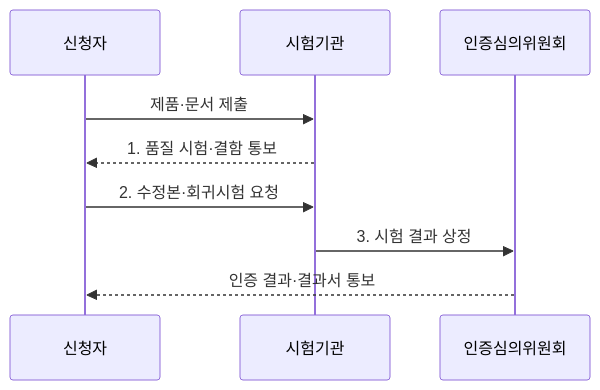
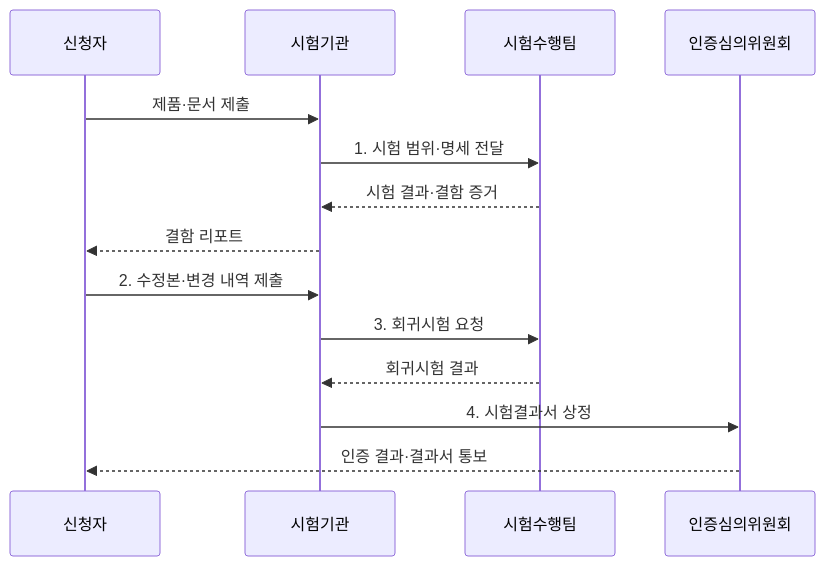
Before and after one commit to agnusdei1207/knowledge-base: the second of 2 diagrams in src/content/docs/notes/06-evaluation/031_tta_sw_quality_test.md, drawn with Mermaid. The commit also changed other lines of this file and 20 other files, not shown here.

````diff
--- a/src/content/docs/notes/06-evaluation/031_tta_sw_quality_test.md
+++ b/src/content/docs/notes/06-evaluation/031_tta_sw_quality_test.md
@@ -86,11 +86,16 @@
 ```mermaid
 sequenceDiagram
     participant A as 신청자
     participant T as 시험기관
+    participant Q as 시험수행팀
     participant C as 인증심의위원회
     A->>T: 제품·문서 제출
-    T-->>A: 1. 품질 시험·결함 통보
-    A->>T: 2. 수정본·회귀시험 요청
-    T->>C: 3. 시험 결과 상정
+    T->>Q: 1. 시험 범위·명세 전달
+    Q-->>T: 시험 결과·결함 증거
+    T-->>A: 결함 리포트
+    A->>T: 2. 수정본·변경 내역 제출
+    T->>Q: 3. 회귀시험 요청
+    Q-->>T: 회귀시험 결과
+    T->>C: 4. 시험결과서 상정
     C-->>A: 인증 결과·결과서 통보
 ```
````
